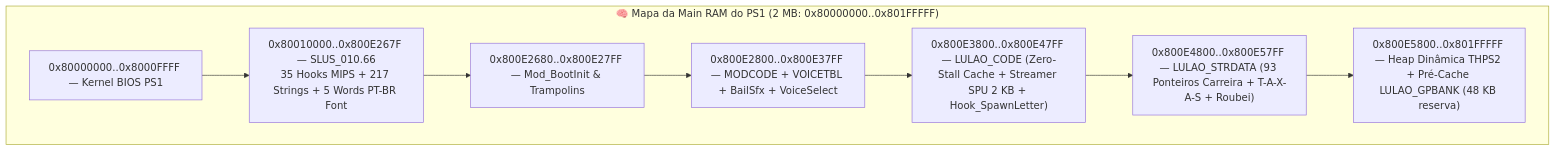
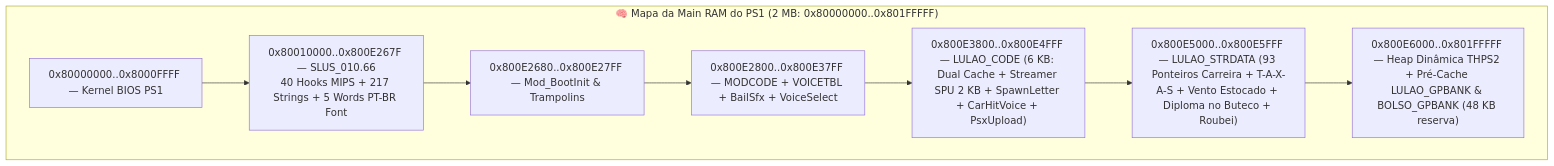
Before and after one commit to WagnerxOliveira/Tony_Hawk-s_Pro_Skater_2_Mod_PSX: the third of 3 diagrams in HISTORIA_DO_PROJETO_THPS2_MOD.md, drawn with Mermaid. The commit also changed other lines of this file and 9 other files, not shown here.

Commit message:
feat(lulao,school2,items): barril 51+Lulao, notas dinamicas do Lulao, garrafa 51 3D+aura dourada ABR=1, Vento Estocado 3D, Bolsonaro 3D no carrinho+audio zero-stall + atualiza HISTORIA_DO_PROJETO_THPS2_MOD.md

````diff
--- a/HISTORIA_DO_PROJETO_THPS2_MOD.md
+++ b/HISTORIA_DO_PROJETO_THPS2_MOD.md
@@ -246,13 +288,13 @@
 ```mermaid
 flowchart TB
     subgraph RAM["🧠 Mapa da Main RAM do PS1 (2 MB: 0x80000000..0x801FFFFF)"]
         K["0x80000000..0x8000FFFF — Kernel BIOS PS1"]
-        E["0x80010000..0x800E267F — SLUS_010.66<br/>35 Hooks MIPS + 217 Strings + 5 Words PT-BR Font"]
+        E["0x80010000..0x800E267F — SLUS_010.66<br/>40 Hooks MIPS + 217 Strings + 5 Words PT-BR Font"]
         B["0x800E2680..0x800E27FF — Mod_BootInit & Trampolins"]
         M["0x800E2800..0x800E37FF — MODCODE + VOICETBL + BailSfx + VoiceSelect"]
-        L["0x800E3800..0x800E47FF — LULAO_CODE (Zero-Stall Cache + Streamer SPU 2 KB + Hook_SpawnLetter)"]
-        S["0x800E4800..0x800E57FF — LULAO_STRDATA (93 Ponteiros Carreira + T-A-X-A-S + Roubei)"]
-        H["0x800E5800..0x801FFFFF — Heap Dinâmica THPS2 + Pré-Cache LULAO_GPBANK (48 KB reserva)"]
+        L["0x800E3800..0x800E4FFF — LULAO_CODE (6 KB: Dual Cache + Streamer SPU 2 KB + SpawnLetter + CarHitVoice + PsxUpload)"]
+        S["0x800E5000..0x800E5FFF — LULAO_STRDATA (93 Ponteiros Carreira + T-A-X-A-S + Vento Estocado + Diploma no Buteco + Roubei)"]
+        H["0x800E6000..0x801FFFFF — Heap Dinâmica THPS2 + Pré-Cache LULAO_GPBANK & BOLSO_GPBANK (48 KB reserva)"]
     end
     K --> E --> B --> M --> L --> S --> H
 ```
````
